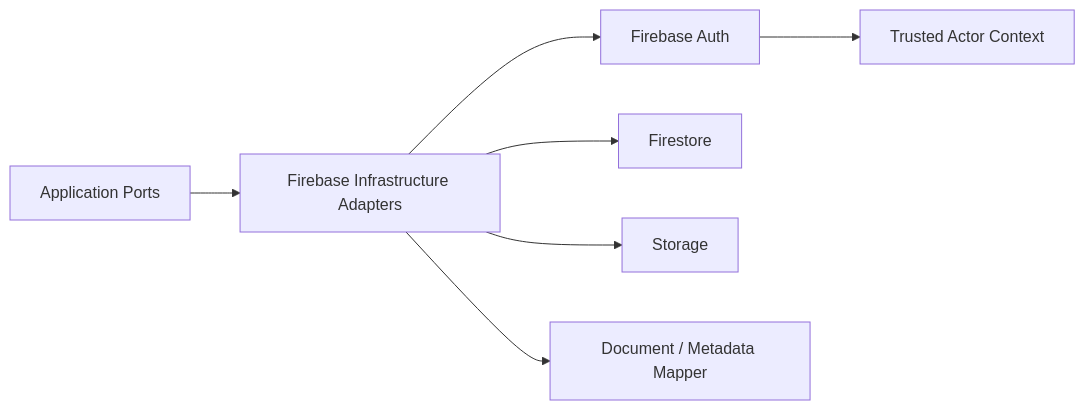
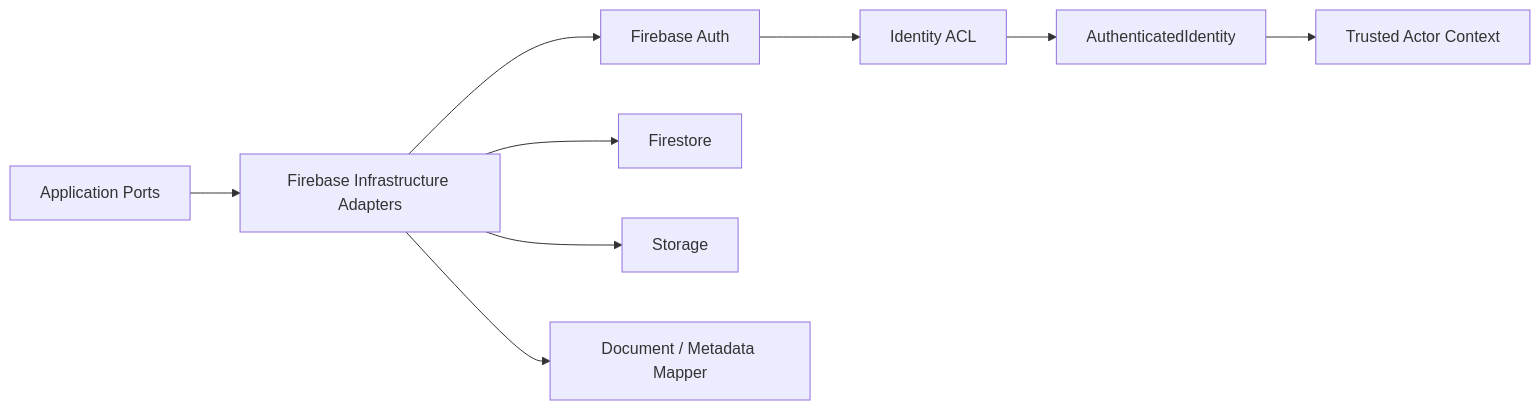
One commit to 369sup/worksync-hr changed the diagram in docs/04-infrastructure/firebase-overview.md. Above: the diagram before and after it, drawn with Mermaid. The commit also changed other lines of this file and 32 other files, not shown here.

Commit message:
Refine architecture docs and add docs check to CI

````diff
--- a/docs/04-infrastructure/firebase-overview.md
+++ b/docs/04-infrastructure/firebase-overview.md
@@ -7,9 +7,11 @@
 ```mermaid
 flowchart LR
   APP[Application Ports] --> INF[Firebase Infrastructure Adapters]
   INF --> AUTH[Firebase Auth]
   INF --> FS[Firestore]
   INF --> ST[Storage]
   INF --> MAP[Document / Metadata Mapper]
-  AUTH --> ACTOR[Trusted Actor Context]
+  AUTH --> ACL[Identity ACL]
+  ACL --> ID[AuthenticatedIdentity]
+  ID --> ACTOR[Trusted Actor Context]
 ```
````
